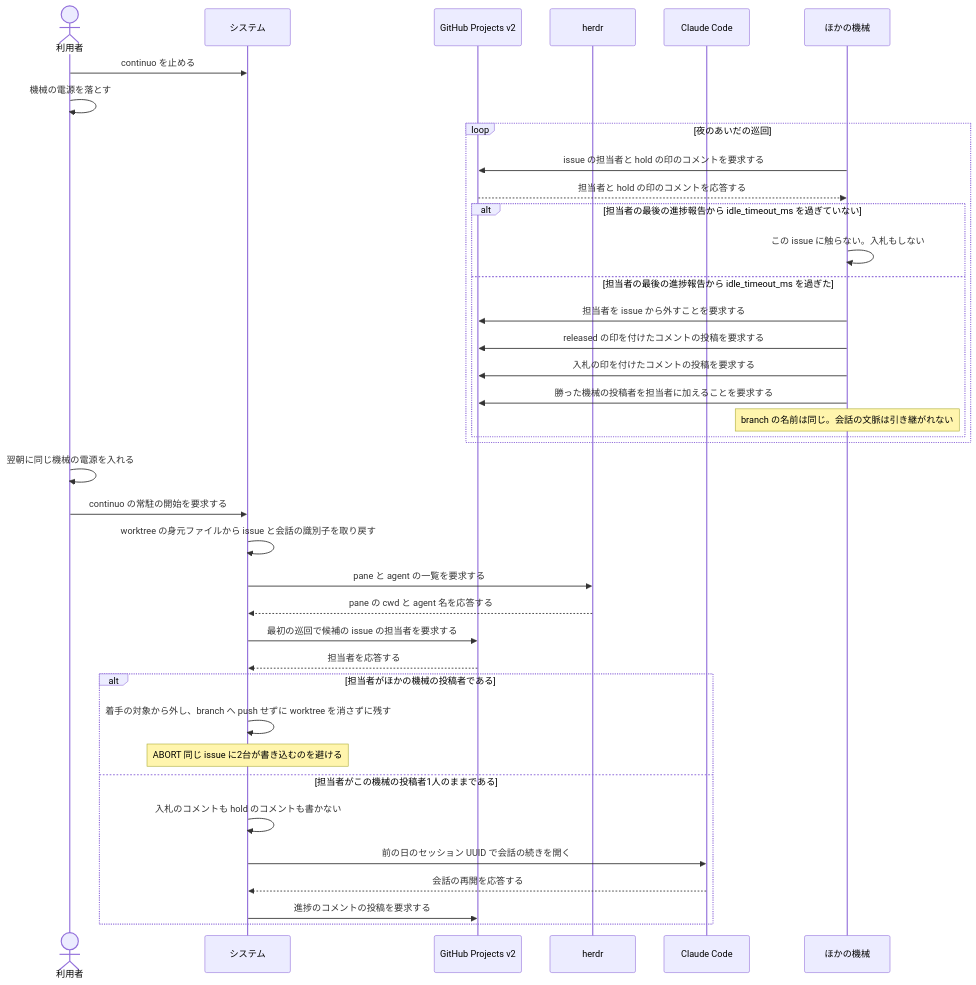
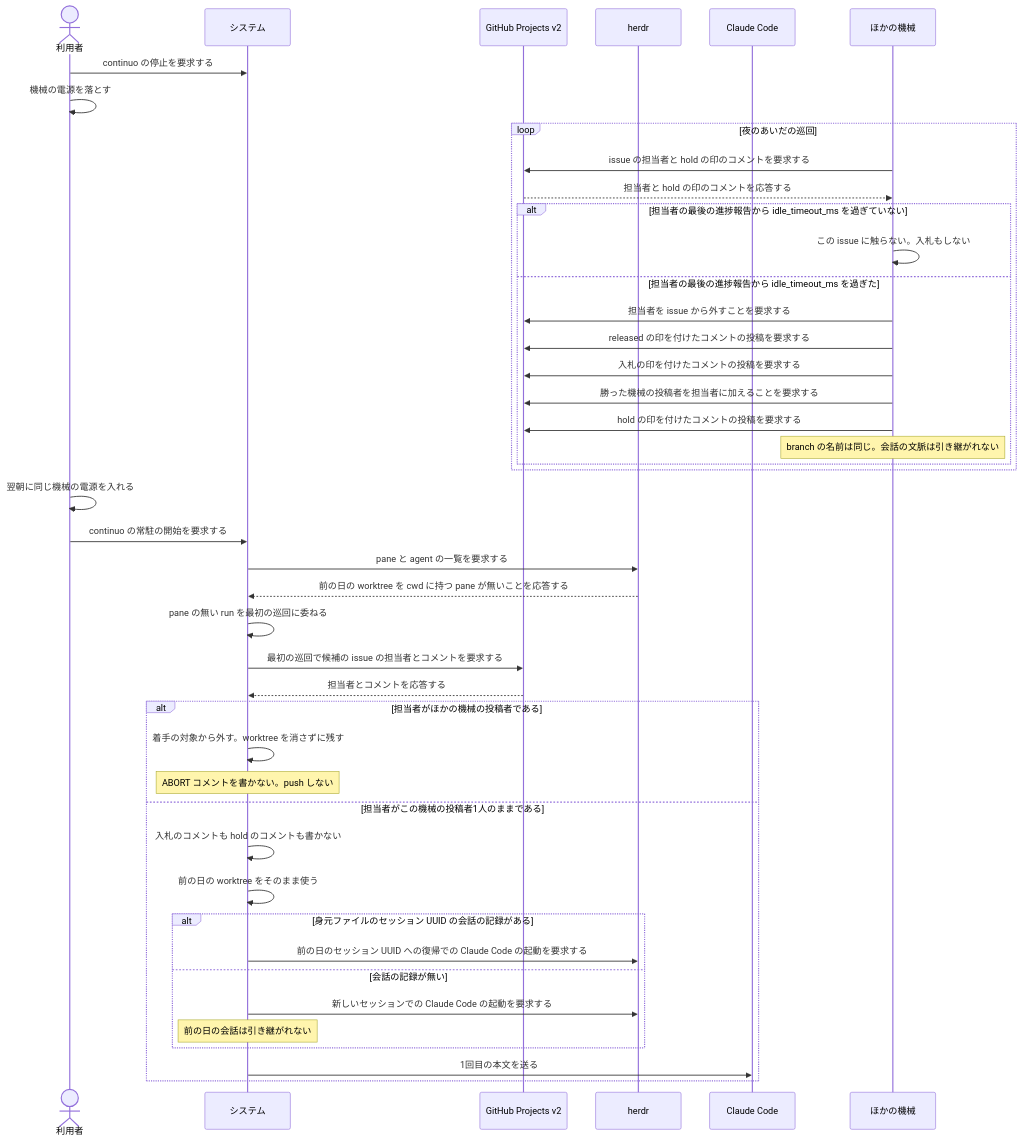
Before and after one commit to maimuzo/continuo: the second of 2 diagrams in docs/spec/usecases/scenario/夜に機械を落として翌朝に担当を続ける.rucm.md, drawn with Mermaid. The commit also changed other lines of this file and 70 other files, not shown here.

First line of the commit message:
再起動と片付けの RUCM を分け実装と突き合わせて直す 起動時の掃除・pane 無しの扱い・親 workspace・branch の始末を別の記述にしテストを記述ごとのファイルへまとめる

````diff
--- a/docs/spec/usecases/scenario/夜に機械を落として翌朝に担当を続ける.rucm.md
+++ b/docs/spec/usecases/scenario/夜に機械を落として翌朝に担当を続ける.rucm.md
@@ -148,41 +227,47 @@
 ```mermaid
 sequenceDiagram
     actor U as 利用者
     participant S as システム
     participant GH as GitHub Projects v2
     participant H as herdr
     participant CC as Claude Code
     participant M as ほかの機械
 
-    U->>S: continuo を止める
+    U->>S: continuo の停止を要求する
     U->>U: 機械の電源を落とす
     loop 夜のあいだの巡回
         M->>GH: issue の担当者と hold の印のコメントを要求する
         GH-->>M: 担当者と hold の印のコメントを応答する
         alt 担当者の最後の進捗報告から idle_timeout_ms を過ぎていない
             M->>M: この issue に触らない。入札もしない
         else 担当者の最後の進捗報告から idle_timeout_ms を過ぎた
             M->>GH: 担当者を issue から外すことを要求する
             M->>GH: released の印を付けたコメントの投稿を要求する
             M->>GH: 入札の印を付けたコメントの投稿を要求する
             M->>GH: 勝った機械の投稿者を担当者に加えることを要求する
+            M->>GH: hold の印を付けたコメントの投稿を要求する
             Note over M: branch の名前は同じ。会話の文脈は引き継がれない
         end
     end
     U->>U: 翌朝に同じ機械の電源を入れる
     U->>S: continuo の常駐の開始を要求する
-    S->>S: worktree の身元ファイルから issue と会話の識別子を取り戻す
     S->>H: pane と agent の一覧を要求する
-    H-->>S: pane の cwd と agent 名を応答する
-    S->>GH: 最初の巡回で候補の issue の担当者を要求する
-    GH-->>S: 担当者を応答する
+    H-->>S: 前の日の worktree を cwd に持つ pane が無いことを応答する
+    S->>S: pane の無い run を最初の巡回に委ねる
+    S->>GH: 最初の巡回で候補の issue の担当者とコメントを要求する
+    GH-->>S: 担当者とコメントを応答する
     alt 担当者がほかの機械の投稿者である
-        S->>S: 着手の対象から外し、branch へ push せずに worktree を消さずに残す
-        Note over S: ABORT 同じ issue に2台が書き込むのを避ける
+        S->>S: 着手の対象から外す。worktree を消さずに残す
+        Note over S: ABORT コメントを書かない。push しない
     else 担当者がこの機械の投稿者1人のままである
         S->>S: 入札のコメントも hold のコメントも書かない
-        S->>CC: 前の日のセッション UUID で会話の続きを開く
-        CC-->>S: 会話の再開を応答する
-        S->>GH: 進捗のコメントの投稿を要求する
+        S->>S: 前の日の worktree をそのまま使う
+        alt 身元ファイルのセッション UUID の会話の記録がある
+            S->>H: 前の日のセッション UUID への復帰での Claude Code の起動を要求する
+        else 会話の記録が無い
+            S->>H: 新しいセッションでの Claude Code の起動を要求する
+            Note over S: 前の日の会話は引き継がれない
+        end
+        S->>CC: 1回目の本文を送る
     end
 ```
````
